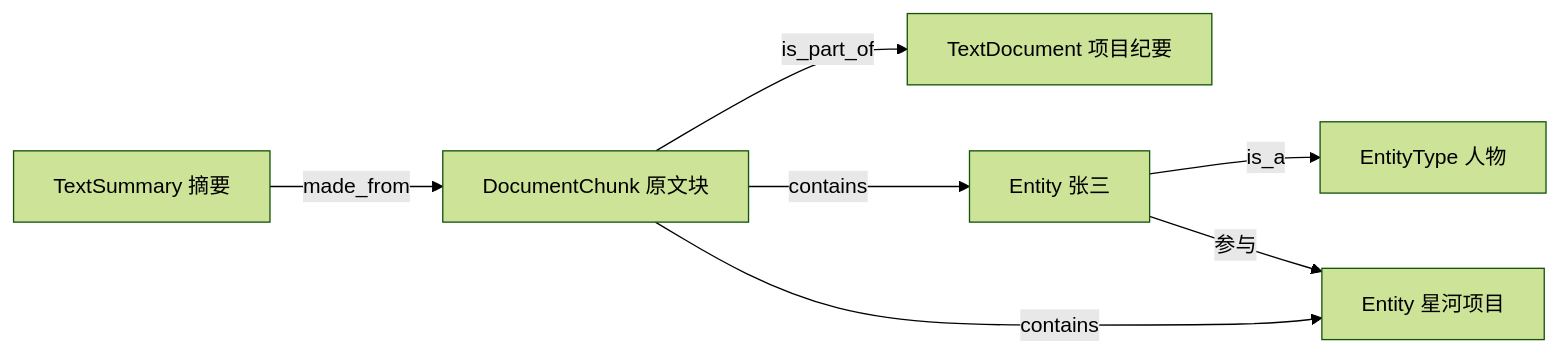
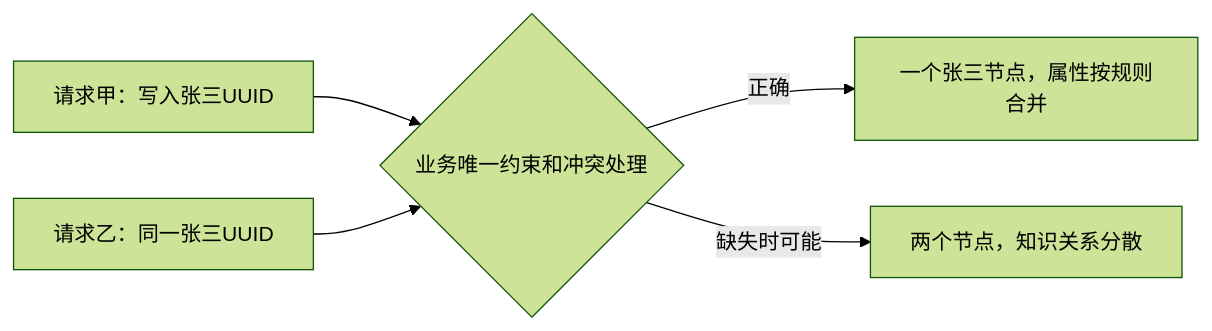
Before and after one commit to stefanv5/memory-platform-architecture: the fifth of 14 diagrams in docs/cognee/graph-storage-postgres-analysis.md, drawn with Mermaid (forest theme). The commit also changed other lines of this file and 4 other files, not shown here.

````diff
--- a/docs/cognee/graph-storage-postgres-analysis.md
+++ b/docs/cognee/graph-storage-postgres-analysis.md
@@ -40,9 +181,7 @@
 ```mermaid
 flowchart LR
-  S[TextSummary 摘要] -->|made_from| C[DocumentChunk 原文块]
-  C -->|is_part_of| D[TextDocument 项目纪要]
-  C -->|contains| Z[Entity 张三]
-  C -->|contains| X[Entity 星河项目]
-  Z -->|is_a| T[EntityType 人物]
-  Z -->|参与| X
+    A[请求甲：写入张三UUID] --> C{业务唯一约束和冲突处理}
+    B[请求乙：同一张三UUID] --> C
+    C -->|正确| D[一个张三节点，属性按规则合并]
+    C -->|缺失时可能| E[两个节点，知识关系分散]
 ```
````
